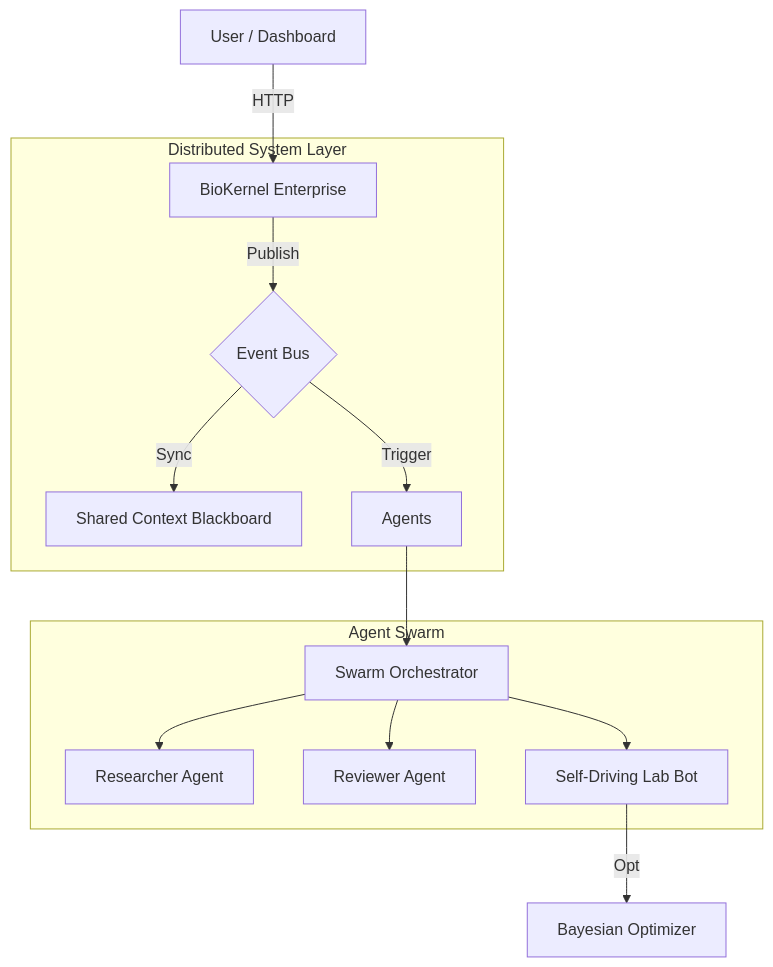
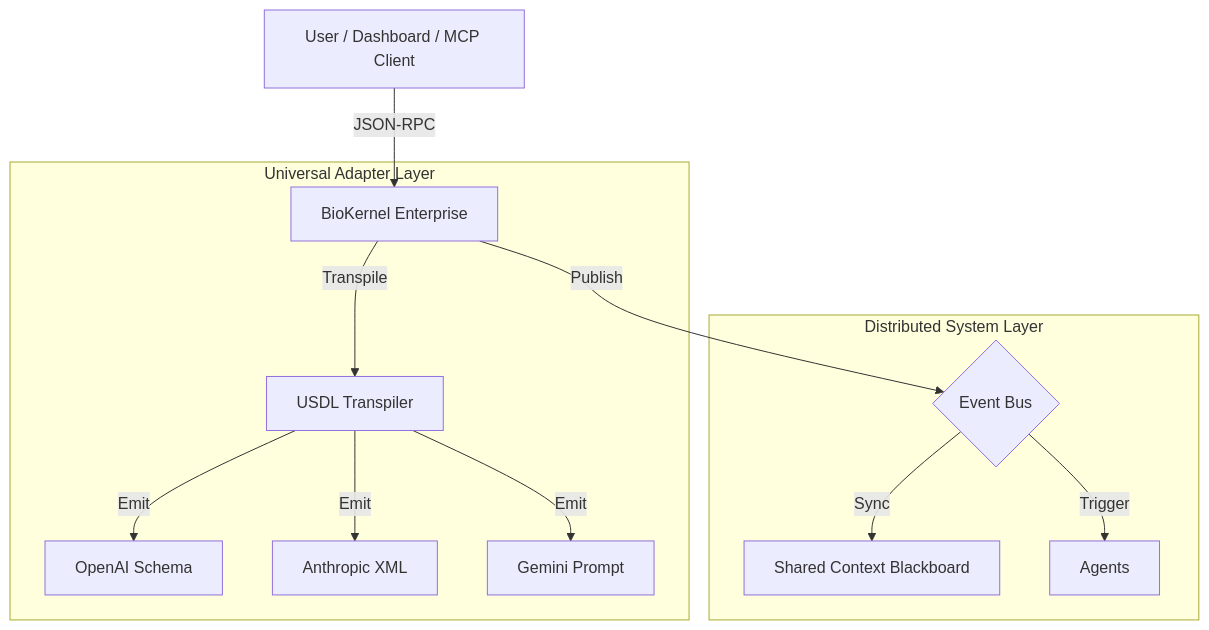
The diagram in README.md (mdbabumiamssm/AI-Agentic-Skills-by-Dr.-Mia), drawn with Mermaid before and after one commit. The commit also changed other lines of this file and 13 other files, not shown here.

````diff
--- a/README.md
+++ b/README.md
@@ -85,19 +89,17 @@
 ```mermaid
 graph TD
-    User["User / Dashboard"] -->|HTTP| Kernel["BioKernel Enterprise"]
+    User["User / Dashboard / MCP Client"] -->|JSON-RPC| Kernel["BioKernel Enterprise"]
+    
+    subgraph "Universal Adapter Layer"
+        Kernel -->|Transpile| Transpiler["USDL Transpiler"]
+        Transpiler -->|Emit| OpenAI["OpenAI Schema"]
+        Transpiler -->|Emit| Anthropic["Anthropic XML"]
+        Transpiler -->|Emit| Gemini["Gemini Prompt"]
+    end
     
     subgraph "Distributed System Layer"
         Kernel -->|Publish| Bus{"Event Bus"}
         Bus -->|Sync| Shared["Shared Context Blackboard"]
         Bus -->|Trigger| Agents
     end
-    
-    subgraph "Agent Swarm"
-        Agents --> Orchestrator["Swarm Orchestrator"]
-        Orchestrator --> Researcher["Researcher Agent"]
-        Orchestrator --> Reviewer["Reviewer Agent"]
-        Orchestrator --> LabBot["Self-Driving Lab Bot"]
-    end
-    
-    LabBot -->|Opt| Bayesian["Bayesian Optimizer"]
 ```
````
